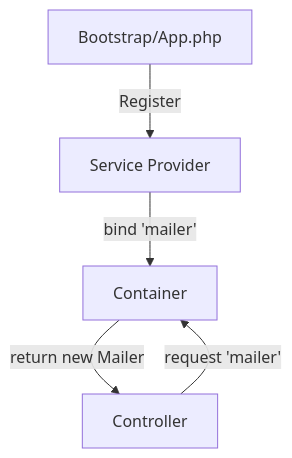
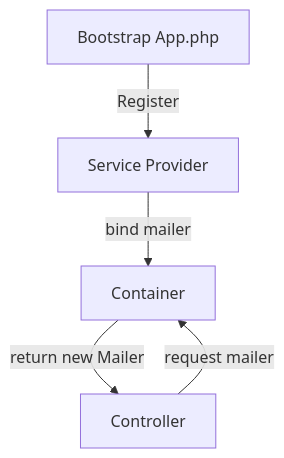
One commit to subhashladumor1/laravel-mastery-roadmap changed the second of 50 diagrams in diagrams/50-comprehensive-diagrams.md. Above: the diagram before and after it, drawn with Mermaid. The commit also changed other lines of this file and 6 other files, not shown here.

First line of the commit message:
diagram rich issue

````diff
--- a/diagrams/50-comprehensive-diagrams.md
+++ b/diagrams/50-comprehensive-diagrams.md
@@ -24,7 +24,7 @@
 ```mermaid
 graph TD
-    App[Bootstrap/App.php] -->|Register| Provider[Service Provider]
-    Provider -->|bind 'mailer'| Container
-    Controller -->|request 'mailer'| Container
+    App[Bootstrap App.php] -->|Register| Provider[Service Provider]
+    Provider -->|bind mailer| Container
+    Controller -->|request mailer| Container
     Container -->|return new Mailer| Controller
 ```
````
